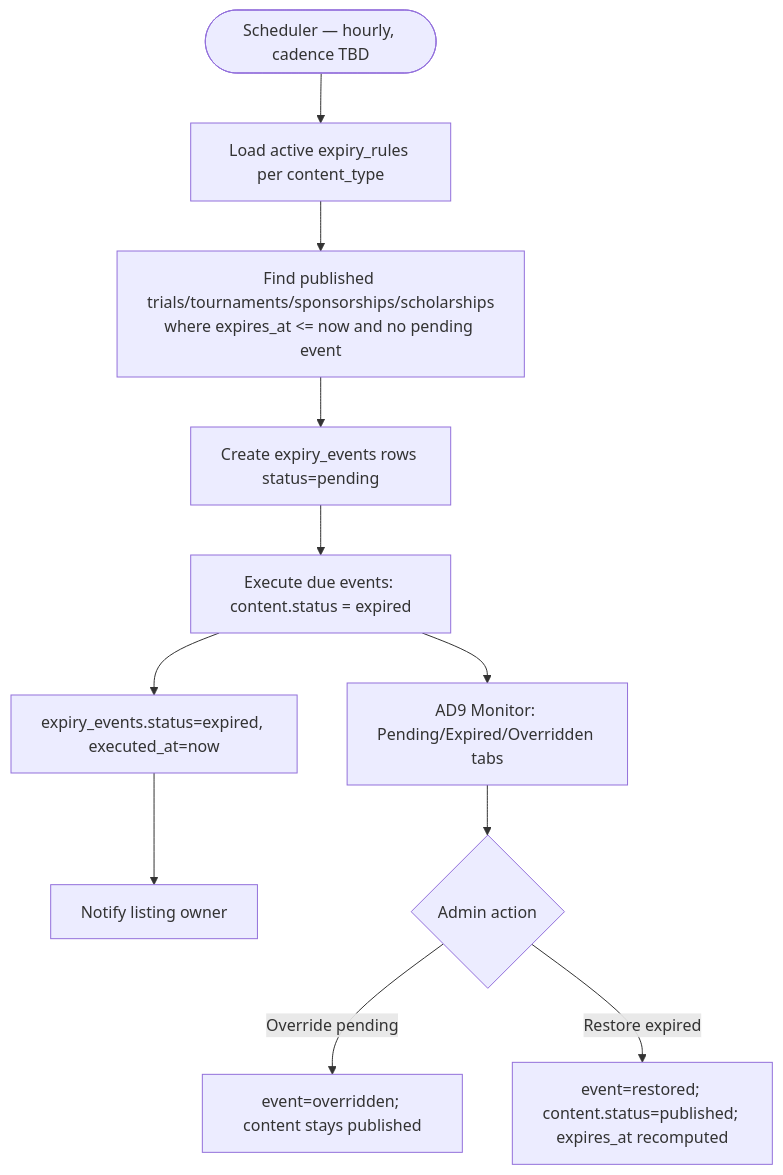
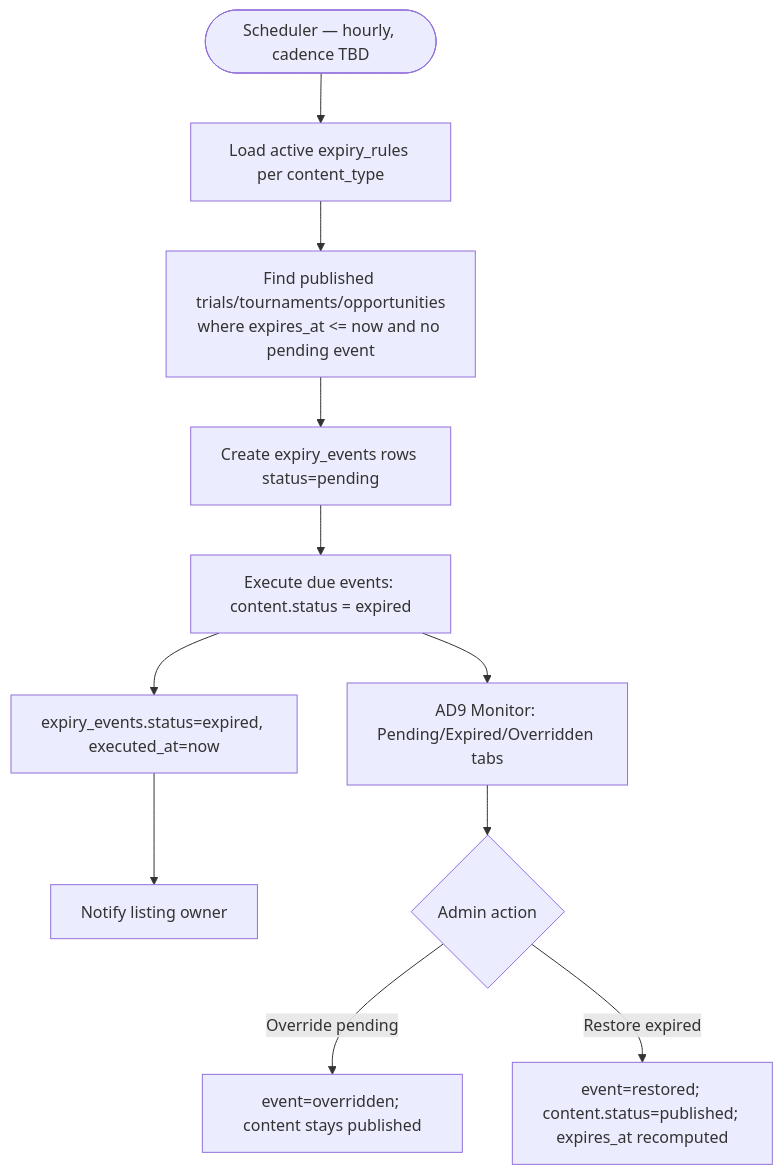
Before and after one commit to ManthanBelani/sportsx: diagram 12 of 18 in docs/System-Flow.md, drawn with Mermaid. The commit also changed other lines of this file and 34 other files, not shown here.

````diff
--- a/docs/System-Flow.md
+++ b/docs/System-Flow.md
@@ -355,14 +361,14 @@
 ```mermaid
 flowchart TD
     Sched([Scheduler — hourly, cadence TBD]) --> Rules[Load active expiry_rules per content_type]
-    Rules --> Find[Find published trials/tournaments/sponsorships/scholarships<br/>where expires_at <= now and no pending event]
+    Rules -->     Find[Find published trials/tournaments/opportunities<br/>where expires_at <= now and no pending event]
     Find --> CreateEv[Create expiry_events rows status=pending]
     CreateEv --> Execute[Execute due events: content.status = expired]
     Execute --> Mark[expiry_events.status=expired, executed_at=now]
     Mark --> Notify[Notify listing owner]
     Execute --> Monitor[AD9 Monitor: Pending/Expired/Overridden tabs]
     AdminAct{Admin action}
     Monitor --> AdminAct
     AdminAct -->|Override pending| Override[event=overridden; content stays published]
     AdminAct -->|Restore expired| Restore[event=restored; content.status=published; expires_at recomputed]
 ```
````
